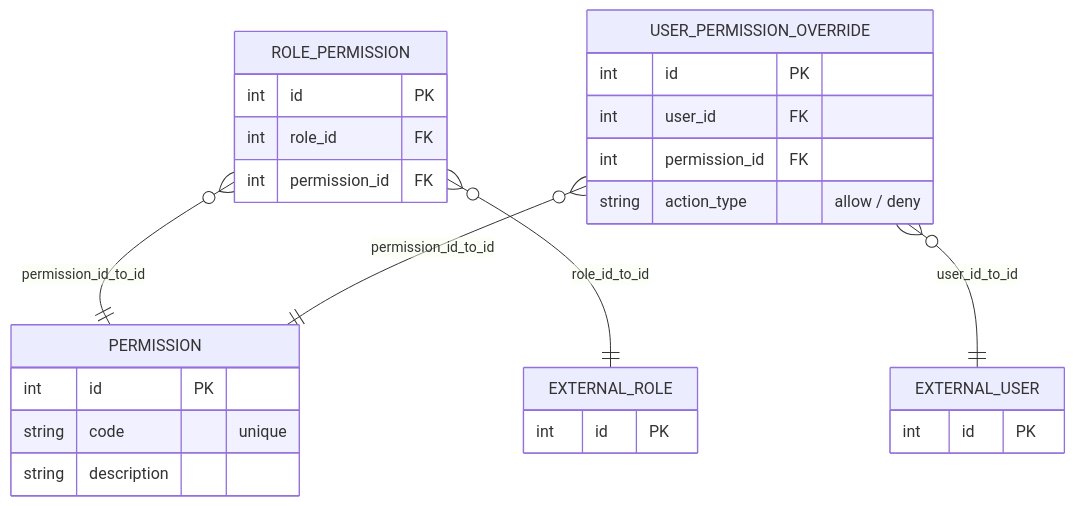
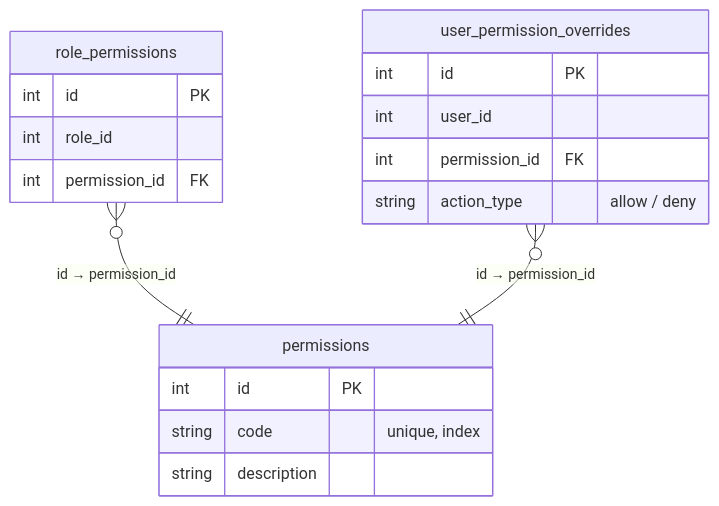
Before and after one commit to whayste/KPK_UP2_24-1P11: the diagram in S4/doc.md, drawn with Mermaid. The commit also changed other lines of this file and 1 other file, not shown here.

````diff
--- a/S4/doc.md
+++ b/S4/doc.md
@@ -7,34 +7,24 @@
 ```mermaid
 erDiagram
-    PERMISSION {
+    permissions {
         int id PK
-        string code "unique"
+        string code "unique, index"
         string description
     }
 
-    ROLE_PERMISSION {
+    role_permissions {
         int id PK
-        int role_id FK
+        int role_id
         int permission_id FK
     }
 
-    USER_PERMISSION_OVERRIDE {
+    user_permission_overrides {
         int id PK
-        int user_id FK
+        int user_id
         int permission_id FK
         string action_type "allow / deny"
     }
 
-    EXTERNAL_ROLE {
-        int id PK
-    }
-
-    EXTERNAL_USER {
-        int id PK
-    }
-
-    ROLE_PERMISSION }o--|| PERMISSION : permission_id_to_id
-    USER_PERMISSION_OVERRIDE }o--|| PERMISSION : permission_id_to_id
-    ROLE_PERMISSION }o--|| EXTERNAL_ROLE : role_id_to_id
-    USER_PERMISSION_OVERRIDE }o--|| EXTERNAL_USER : user_id_to_id
+    role_permissions }o--|| permissions : "id → permission_id"
+    user_permission_overrides }o--|| permissions : "id → permission_id"
 ```
````
